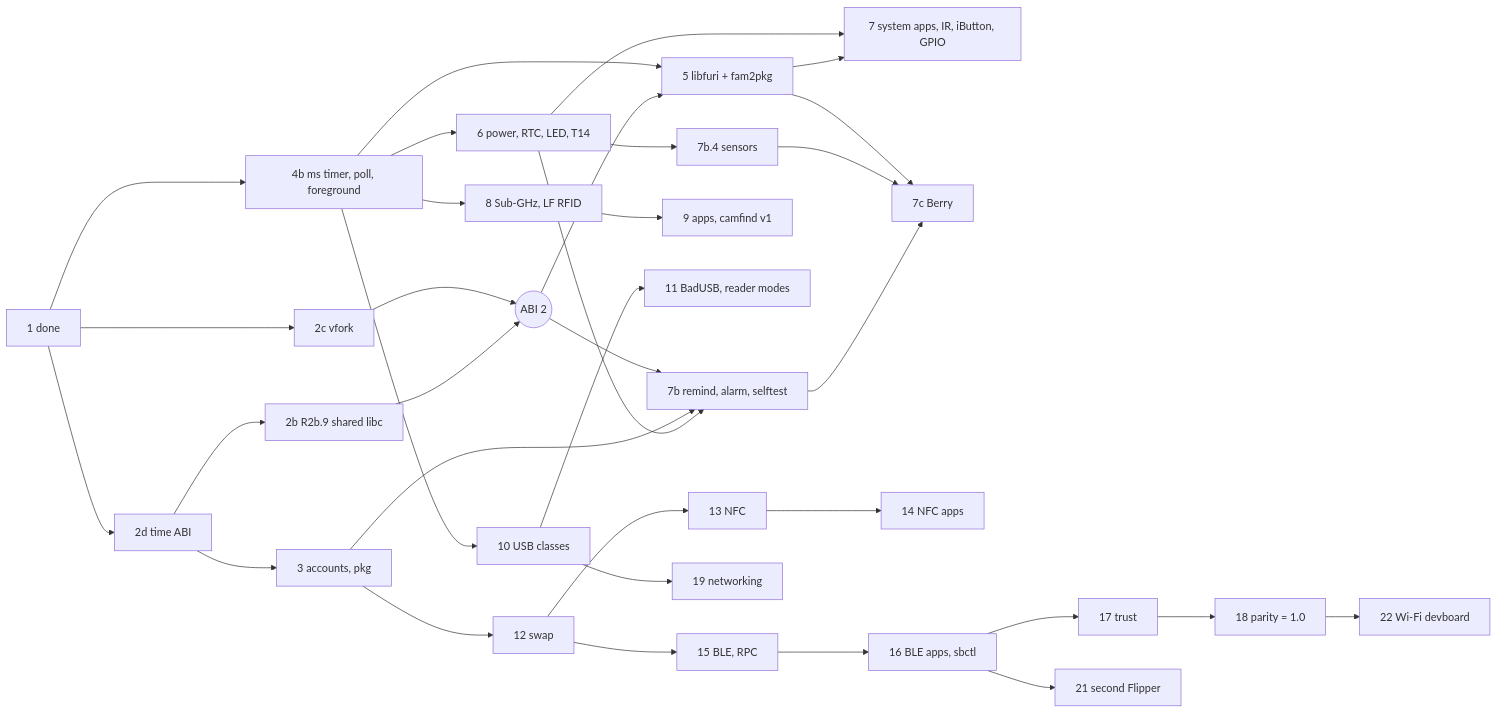
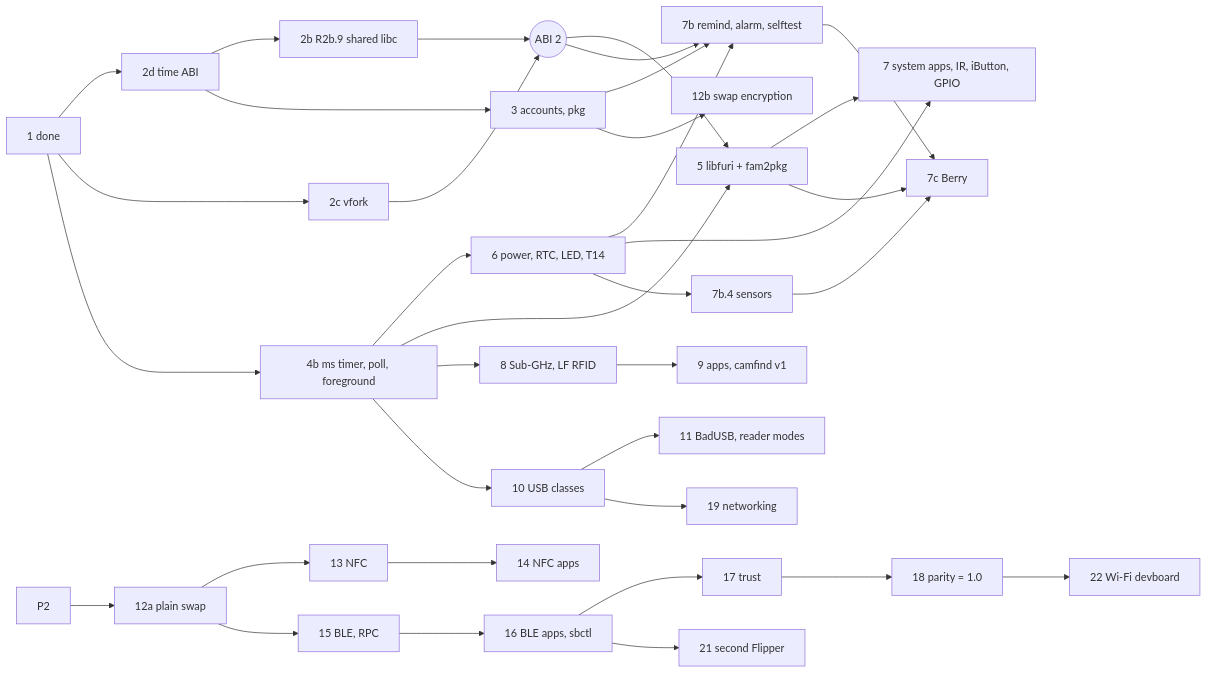
The diagram in docs/spec/strategy.md (arielkonopka/Galtzagorriak-MINIX), drawn with Mermaid before and after one commit. The commit also changed other lines of this file and 2 other files, not shown here.

First line of the commit message:
spec: swap in two steps, plain swap first (owner 2026-11-16)

````diff
--- a/docs/spec/strategy.md
+++ b/docs/spec/strategy.md
@@ -54,30 +54,31 @@
 ```mermaid
 graph LR
   P1[1 done] --> P2d[2d time ABI]
   P1 --> P2c[2c vfork]
   P2d --> P2b9[2b R2b.9 shared libc]
   P2b9 --> ABI2((ABI 2))
   P2c --> ABI2
   P2d --> P3[3 accounts, pkg]
   ABI2 --> P5[5 libfuri + fam2pkg]
   P1 --> P4b[4b ms timer, poll, foreground]
   P4b --> P6[6 power, RTC, LED, T14]
   P6 --> P7b[7b remind, alarm, selftest]
   P3 --> P7b
   ABI2 --> P7b
   P4b --> P5
   P5 --> P7[7 system apps, IR, iButton, GPIO]
   P6 --> P7
   P6 --> P7b4[7b.4 sensors]
   P7b --> P7c[7c Berry]
   P7b4 --> P7c
   P5 --> P7c
   P4b --> P8[8 Sub-GHz, LF RFID]
   P8 --> P9[9 apps, camfind v1]
   P4b --> P10[10 USB classes] --> P11[11 BadUSB, reader modes]
-  P3 --> P12[12 swap] --> P13[13 NFC] --> P14[14 NFC apps]
-  P12 --> P15[15 BLE, RPC] --> P16[16 BLE apps, sbctl] --> P17[17 trust] --> P18[18 parity = 1.0]
+  P2 --> P12a[12a plain swap] --> P13[13 NFC] --> P14[14 NFC apps]
+  P3 --> P12b[12b swap encryption]
+  P12a --> P15[15 BLE, RPC] --> P16[16 BLE apps, sbctl] --> P17[17 trust] --> P18[18 parity = 1.0]
   P16 --> P21[21 second Flipper]
   P10 --> P19[19 networking]
   P18 --> P22[22 Wi-Fi devboard]
 ```
````
